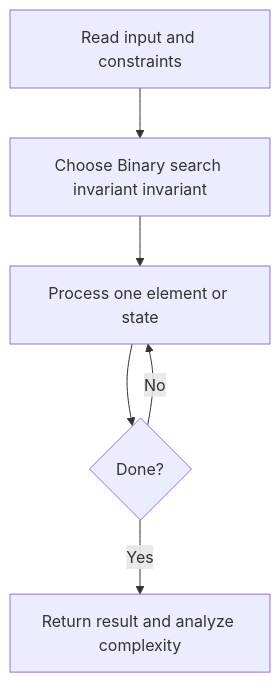
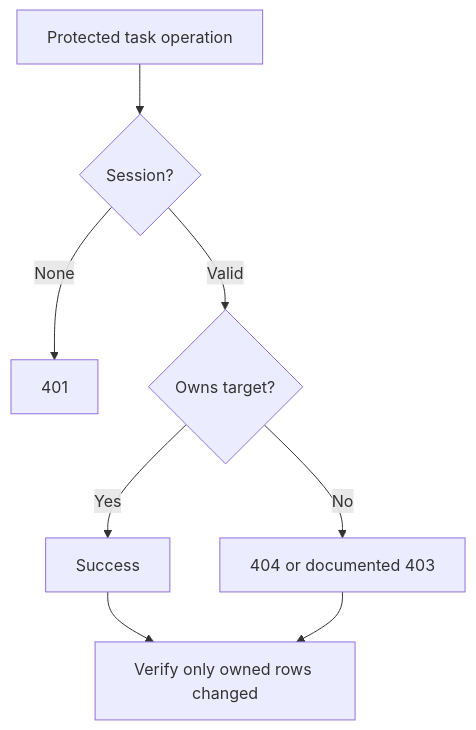
One commit to pratulsharma/minitrack changed the first of 2 diagrams in lessons/day-12.md. Above: the diagram before and after it, drawn with Mermaid. The commit also changed other lines of this file and 14 other files, not shown here.

````diff
--- a/lessons/day-12.md
+++ b/lessons/day-12.md
@@ -17,8 +24,10 @@
 ```mermaid
 flowchart TD
-    A[Read input and constraints] --> B[Choose Binary search invariant invariant]
-    B --> C[Process one element or state]
-    C --> D{Done?}
-    D -- No --> C
-    D -- Yes --> E[Return result and analyze complexity]
+  A["Protected task operation"] --> B{"Session?"}
+  B -- None --> C["401"]
+  B -- Valid --> D{"Owns target?"}
+  D -- Yes --> E["Success"]
+  D -- No --> F["404 or documented 403"]
+  E --> G["Verify only owned rows changed"]
+  F --> G
 ```
````
